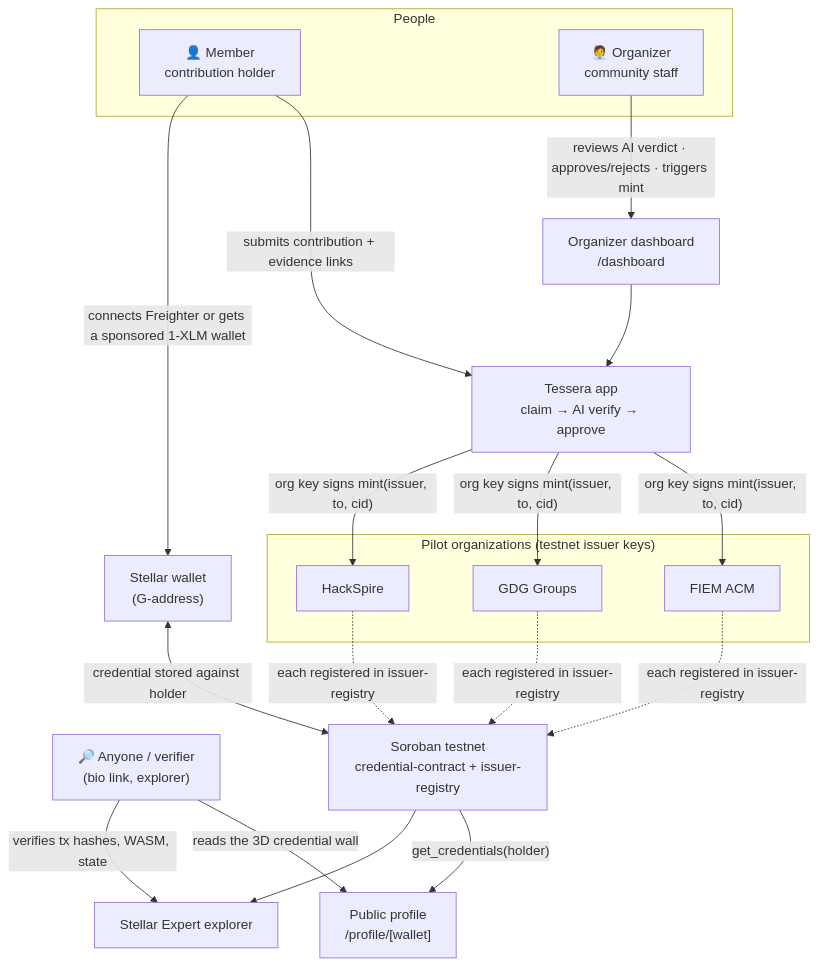
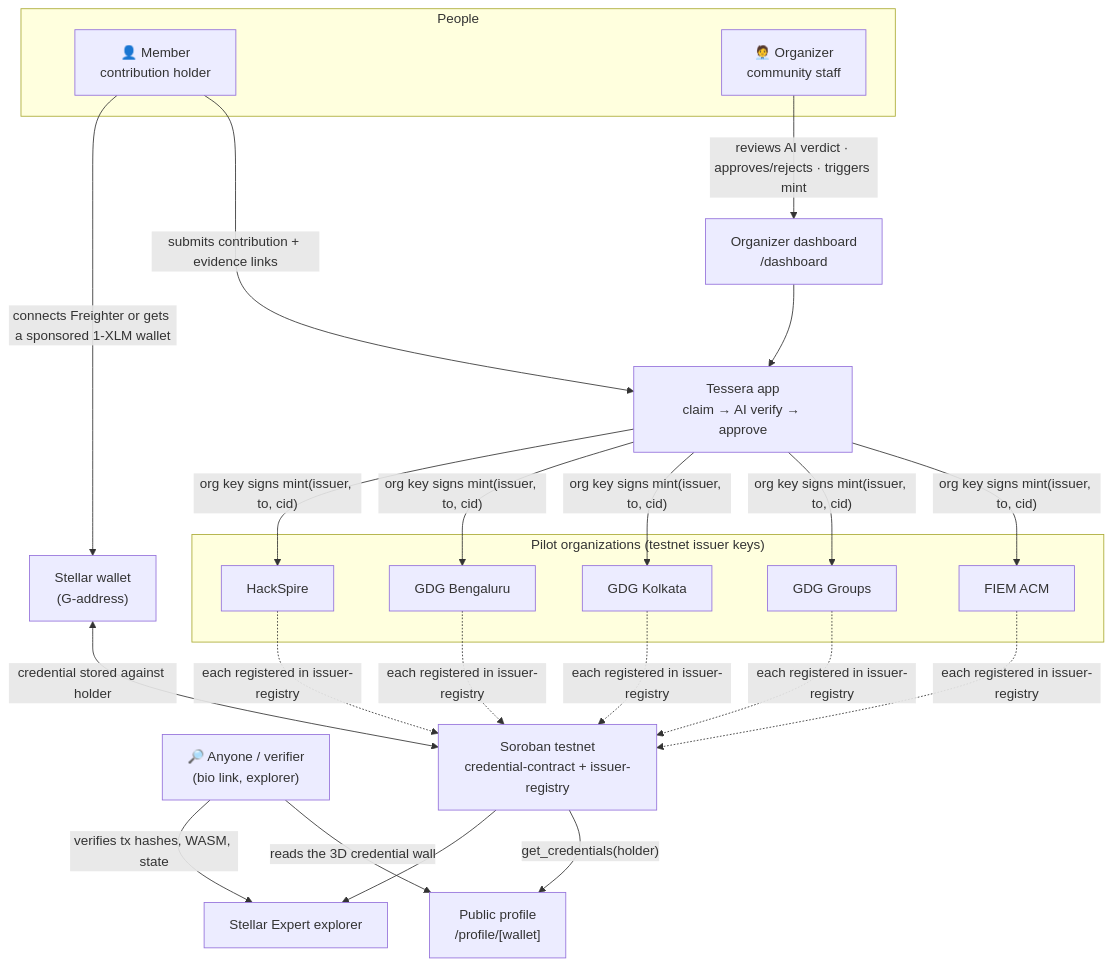
The second of 4 diagrams in README.md (techishan432/Tessera), drawn with Mermaid before and after one commit. The commit also changed other lines of this file and 1 other file, not shown here.

Commit message:
docs: add GDG Kolkata + GDG Bengaluru to README (roster, verification log, identity map) and hero chip

````diff
--- a/README.md
+++ b/README.md
@@ -67,29 +67,33 @@
 ```mermaid
 flowchart TB
     subgraph People
         M["👤 Member<br/>contribution holder"]
         O["🧑‍💼 Organizer<br/>community staff"]
     end
 
     subgraph Orgs["Pilot organizations (testnet issuer keys)"]
         O1["FIEM ACM"]
         O2["GDG Groups"]
-        O3["HackSpire"]
+        O3["GDG Kolkata"]
+        O4["GDG Bengaluru"]
+        O5["HackSpire"]
     end
 
     E["🔎 Anyone / verifier<br/>(bio link, explorer)"]
 
     M -->|"submits contribution + evidence links"| APP["Tessera app<br/>claim → AI verify → approve"]
     M -->|"connects Freighter or gets a sponsored 1-XLM wallet"| WAL["Stellar wallet<br/>(G-address)"]
     O -->|"reviews AI verdict · approves/rejects · triggers mint"| DASH["Organizer dashboard<br/>/dashboard"]
     DASH --> APP
     APP -->|"org key signs mint(issuer, to, cid)"| O1
     APP -->|"org key signs mint(issuer, to, cid)"| O2
     APP -->|"org key signs mint(issuer, to, cid)"| O3
-    O1 & O2 & O3 -.->|"each registered in issuer-registry"| CHAIN["Soroban testnet<br/>credential-contract + issuer-registry"]
+    APP -->|"org key signs mint(issuer, to, cid)"| O4
+    APP -->|"org key signs mint(issuer, to, cid)"| O5
+    O1 & O2 & O3 & O4 & O5 -.->|"each registered in issuer-registry"| CHAIN["Soroban testnet<br/>credential-contract + issuer-registry"]
     WAL <-->|"credential stored against holder"| CHAIN
     E -->|"reads the 3D credential wall"| PF["Public profile<br/>/profile/[wallet]"]
     CHAIN -->|"get_credentials(holder)"| PF
     E -->|"verifies tx hashes, WASM, state"| EXP["Stellar Expert explorer"]
     CHAIN --> EXP
 ```
````
